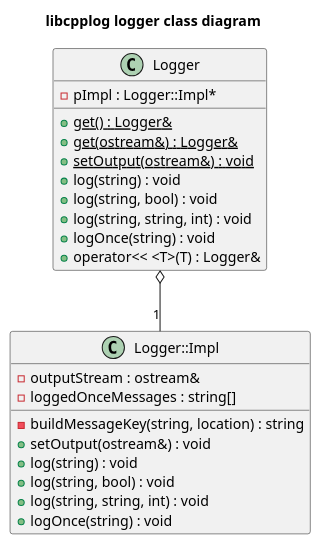
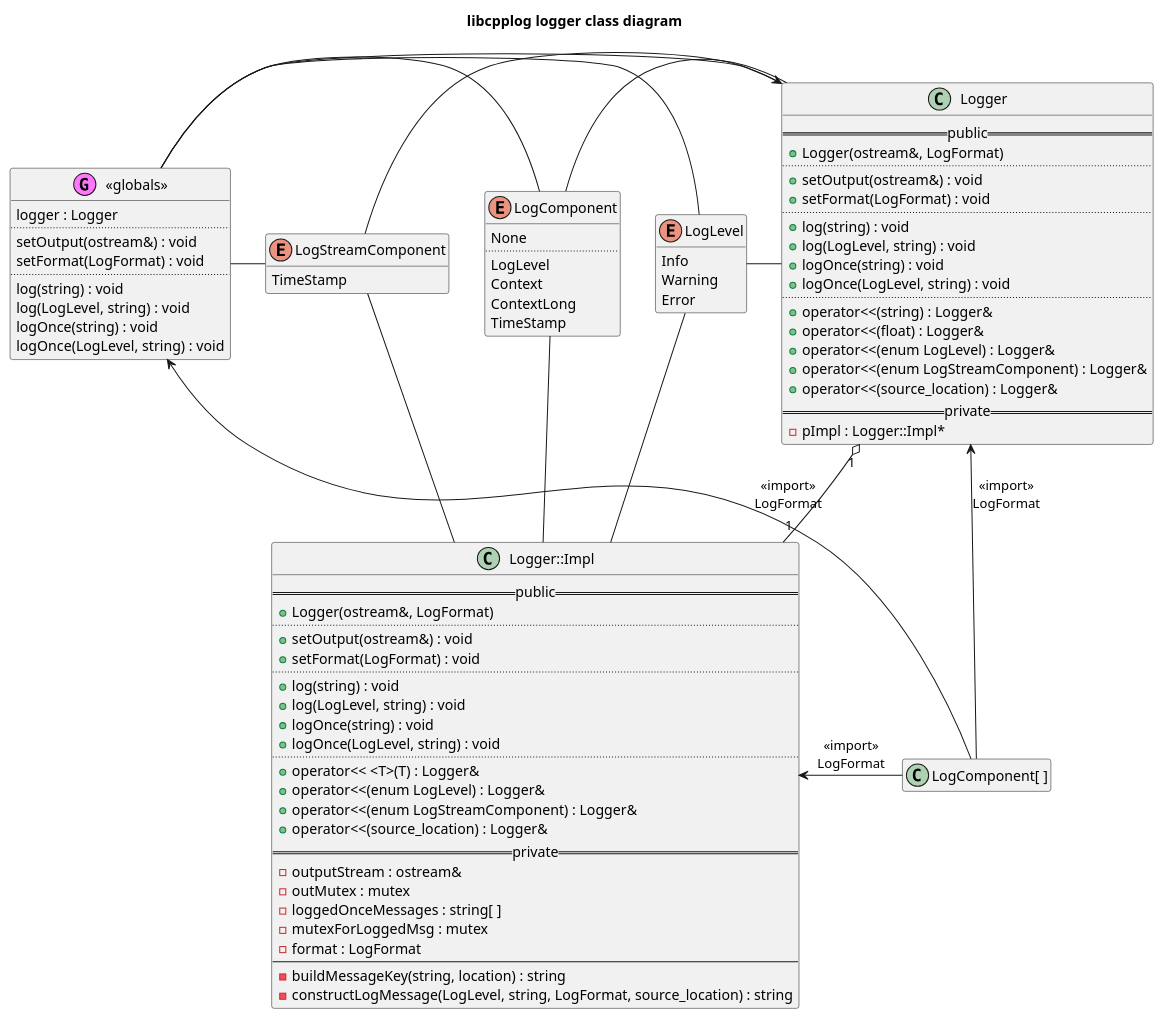
One commit to kfpgk/libcpplog changed the diagram in libcpplog/logger/doc/class.puml. Above: the diagram before and after it, drawn with PlantUML. The commit also changed 5 other files, not shown here.

Commit message:
Add and update plantuml class and package diagrams

```diff
--- a/libcpplog/logger/doc/class.puml
+++ b/libcpplog/logger/doc/class.puml
@@ -1,30 +1,109 @@
 @startuml logger-class-diagram
 
 title libcpplog logger class diagram
 
+enum LogLevel {
+    Info
+    Warning
+    Error
+}
+hide LogLevel methods
+
+enum LogComponent {
+    None
+    ..
+    LogLevel
+    Context
+    ContextLong
+    TimeStamp
+}
+
+enum LogStreamComponent {
+    TimeStamp
+}
+hide LogStreamComponent methods
+
+class "LogComponent[ ]" as LogComponentArray 
+hide LogComponentArray members
+
 class Logger {
+    == public ==
+    + Logger(ostream&, LogFormat)
+    ..
+    + setOutput(ostream&) : void
+    + setFormat(LogFormat) : void
+    ..
+    + log(string) : void
+    + log(LogLevel, string) : void
+    + logOnce(string) : void
+    + logOnce(LogLevel, string) : void
+    ..
+    + operator<<(string) : Logger&
+    + operator<<(float) : Logger&
+    + operator<<(enum LogLevel) : Logger&
+    + operator<<(enum LogStreamComponent) : Logger&
+    + operator<<(source_location) : Logger&
+    == private ==
     - pImpl : Logger::Impl*
-    + {static} get() : Logger&
-    + {static} get(ostream&) : Logger&
-    + {static} setOutput(ostream&) : void
-    + log(string) : void
-    + log(string, bool) : void
-    + log(string, string, int) : void
-    + logOnce(string) : void
-    + operator<< <T>(T) : Logger&
+}
+
+class "<<globals>>" as globals << (G,#FF77FF) >> {
+    logger : Logger
+    ..
+    setOutput(ostream&) : void
+    setFormat(LogFormat) : void
+    ..
+    log(string) : void
+    log(LogLevel, string) : void
+    logOnce(string) : void
+    logOnce(LogLevel, string) : void
 }
 
 class "Logger::Impl" as LoggerImpl {
+    == public ==
+    + Logger(ostream&, LogFormat)
+    ..
+    + setOutput(ostream&) : void
+    + setFormat(LogFormat) : void
+    ..
+    + log(string) : void
+    + log(LogLevel, string) : void
+    + logOnce(string) : void
+    + logOnce(LogLevel, string) : void
+    ..
+    + operator<< <T>(T) : Logger&
+    + operator<<(enum LogLevel) : Logger&
+    + operator<<(enum LogStreamComponent) : Logger&
+    + operator<<(source_location) : Logger&
+    == private ==
     - outputStream : ostream&
-    - loggedOnceMessages : string[]
+    - outMutex : mutex
+    - loggedOnceMessages : string[ ]
+    - mutexForLoggedMsg : mutex
+    - format : LogFormat
+    --
     - buildMessageKey(string, location) : string
-    + setOutput(ostream&) : void
-    + log(string) : void
-    + log(string, bool) : void
-    + log(string, string, int) : void
-    + logOnce(string) : void
+    - constructLogMessage(LogLevel, string, LogFormat, source_location) : string
 }
 
-Logger o-- "1" LoggerImpl
+Logger "1" o-- "1" LoggerImpl
+
+LogLevel - Logger
+LogComponent - Logger
+LogStreamComponent - Logger
+
+LogLevel - LoggerImpl
+LogComponent - LoggerImpl
+LogStreamComponent - LoggerImpl
+
+LogLevel -left- globals
+LogComponent -left- globals
+LogStreamComponent -left- globals
+
+Logger <- LogComponentArray : <<import>>\nLogFormat
+LoggerImpl <- LogComponentArray : <<import>>\nLogFormat
+globals <- LogComponentArray : <<import>>\nLogFormat
+
+globals -> Logger
 
 @enduml
```
